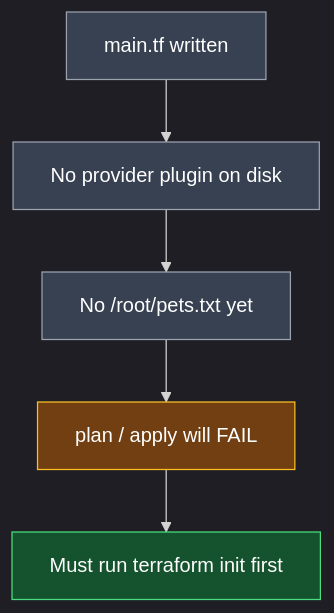
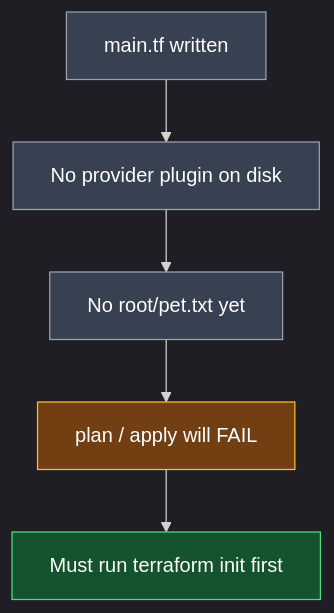
One commit to nirajp82/Terraform_Basics changed the first of 9 diagrams in 04_Core_Terraform_Basics/01_Terraform_Provider.md. Above: the diagram before and after it, drawn with Mermaid. The commit also changed other lines of this file, not shown here.

Commit message:
Update Diagram

````diff
--- a/04_Core_Terraform_Basics/01_Terraform_Provider.md
+++ b/04_Core_Terraform_Basics/01_Terraform_Provider.md
@@ -27,14 +27,14 @@
 ```mermaid
 %%{init: {'theme': 'dark', 'flowchart': {'htmlLabels': true}}}%%
 flowchart TD
     A["main.tf written"] --> B["No provider plugin on disk"]
-    B --> C["No /root/pets.txt yet"]
+    B --> C["No root/pet.txt yet"]
     C --> D["plan / apply will FAIL"]
     D --> E["Must run terraform init first"]
 
     style A fill:#374151,stroke:#9ca3af,color:#ffffff
     style B fill:#374151,stroke:#9ca3af,color:#ffffff
     style C fill:#374151,stroke:#9ca3af,color:#ffffff
     style D fill:#713f12,stroke:#fbbf24,color:#ffffff
     style E fill:#14532d,stroke:#4ade80,color:#ffffff
 ```
````
